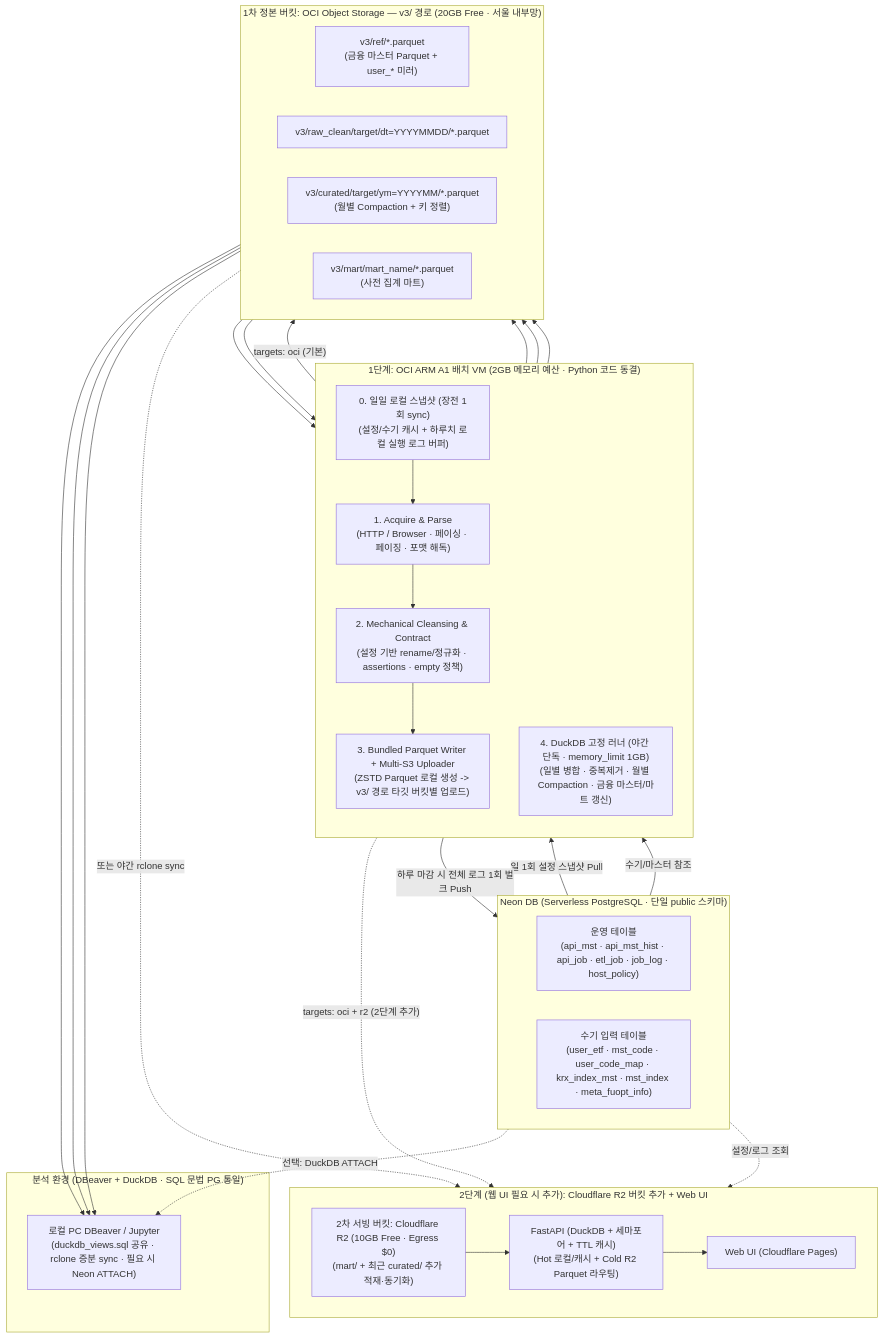
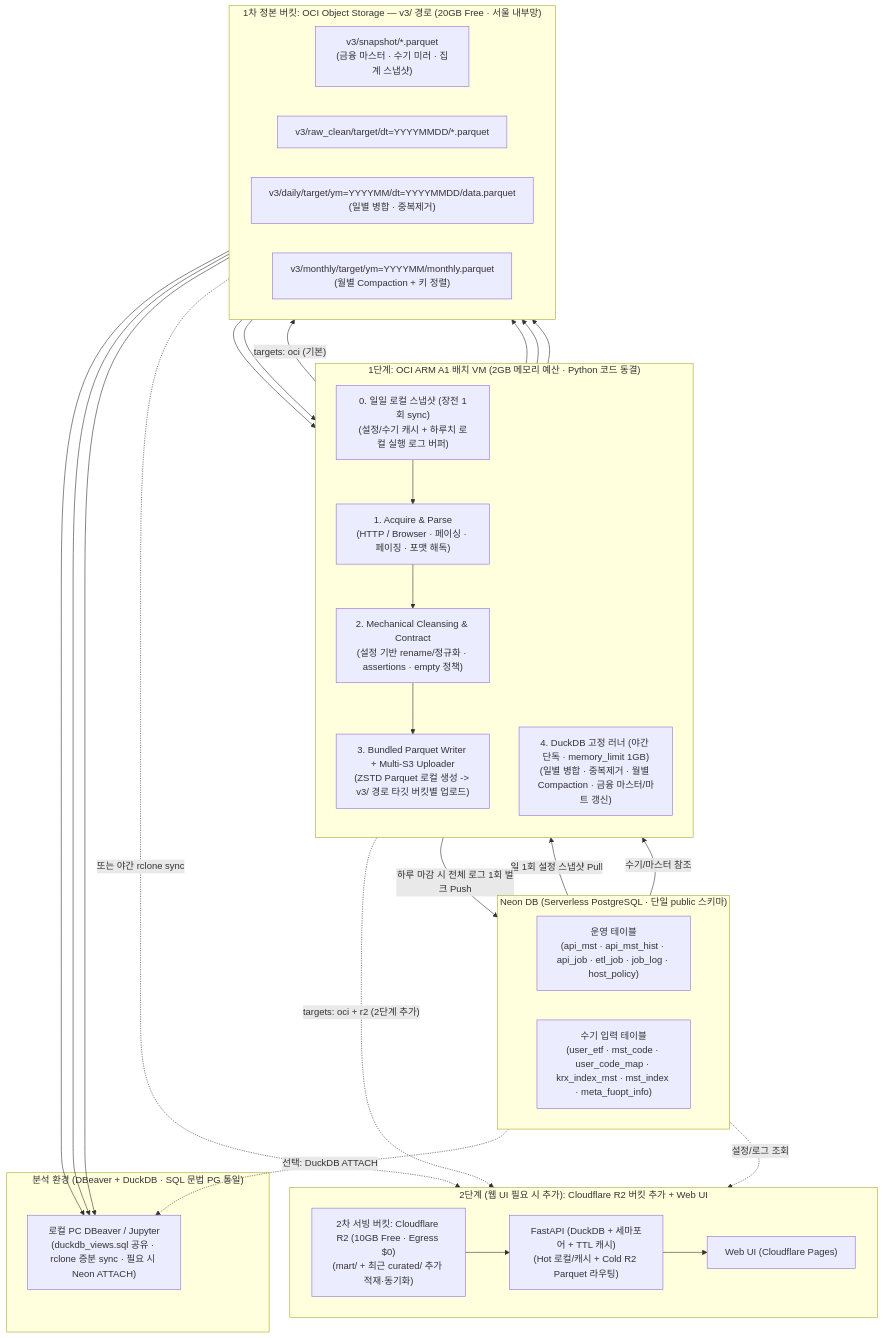
Before and after one commit to gofcon/pyscrap: the diagram in docs/ARCHITECTURE-V3.md, drawn with Mermaid. The commit also changed other lines of this file and 14 other files, not shown here.

Commit message:
refactor(v3): standardize ETL output_layer on snapshot/daily/monthly with verified daily purge

````diff
--- a/docs/ARCHITECTURE-V3.md
+++ b/docs/ARCHITECTURE-V3.md
@@ -19,55 +19,55 @@
 ```mermaid
 flowchart TD
     subgraph NEON["Neon DB (Serverless PostgreSQL · 단일 public 스키마)"]
         direction LR
         OPS["운영 테이블\n(api_mst · api_mst_hist · api_job · etl_job · job_log · host_policy)"]
         REF["수기 입력 테이블\n(user_etf · mst_code · user_code_map · krx_index_mst · mst_index · meta_fuopt_info)"]
     end
 
     subgraph VM["1단계: OCI ARM A1 배치 VM (2GB 메모리 예산 · Python 코드 동결)"]
         direction TB
         CACHE["0. 일일 로컬 스냅샷 (장전 1회 sync)\n(설정/수기 캐시 + 하루치 로컬 실행 로그 버퍼)"]
         ACQ["1. Acquire & Parse\n(HTTP / Browser · 페이싱 · 페이징 · 포맷 해독)"]
         CLN["2. Mechanical Cleansing & Contract\n(설정 기반 rename/정규화 · assertions · empty 정책)"]
         WRT["3. Bundled Parquet Writer + Multi-S3 Uploader\n(ZSTD Parquet 로컬 생성 -> v3/ 경로 타깃 버킷별 업로드)"]
         DKB["4. DuckDB 고정 러너 (야간 단독 · memory_limit 1GB)\n(일별 병합 · 중복제거 · 월별 Compaction · 금융 마스터/마트 갱신)"]
         CACHE --> ACQ --> CLN --> WRT
     end
 
     subgraph OCI_B["1차 정본 버킷: OCI Object Storage — v3/ 경로 (20GB Free · 서울 내부망)"]
         direction LR
-        REF_P["v3/ref/*.parquet\n(금융 마스터 Parquet + user_* 미러)"]
+        REF_P["v3/snapshot/*.parquet\n(금융 마스터 · 수기 미러 · 집계 스냅샷)"]
         RAW_P["v3/raw_clean/target/dt=YYYYMMDD/*.parquet"]
-        CUR_P["v3/curated/target/ym=YYYYMM/*.parquet\n(월별 Compaction + 키 정렬)"]
-        MRT_P["v3/mart/mart_name/*.parquet\n(사전 집계 마트)"]
+        DAY_P["v3/daily/target/ym=YYYYMM/dt=YYYYMMDD/data.parquet\n(일별 병합 · 중복제거)"]
+        MON_P["v3/monthly/target/ym=YYYYMM/monthly.parquet\n(월별 Compaction + 키 정렬)"]
     end
 
     subgraph ANAL["분석 환경 (DBeaver + DuckDB · SQL 문법 PG 통일)"]
         LOCAL["로컬 PC DBeaver / Jupyter\n(duckdb_views.sql 공유 · rclone 증분 sync · 필요 시 Neon ATTACH)"]
     end
 
     subgraph UI_STAGE["2단계 (웹 UI 필요 시 추가): Cloudflare R2 버킷 추가 + Web UI"]
         direction LR
         R2["2차 서빙 버킷: Cloudflare R2 (10GB Free · Egress $0)\n(mart/ + 최근 curated/ 추가 적재·동기화)"]
         API["FastAPI (DuckDB + 세마포어 + TTL 캐시)\n(Hot 로컬/캐시 + Cold R2 Parquet 라우팅)"]
         WEB["Web UI (Cloudflare Pages)"]
         R2 --> API --> WEB
     end
 
     OPS -->|"일 1회 설정 스냅샷 Pull"| CACHE
     CACHE -->|"하루 마감 시 전체 로그 1회 벌크 Push"| OPS
     REF -->|"수기/마스터 참조"| CACHE
     WRT -->|"targets: oci (기본)"| RAW_P
     RAW_P --> DKB
     REF_P --> DKB
     DKB --> REF_P
-    DKB --> CUR_P
-    DKB --> MRT_P
-    CUR_P --> LOCAL
-    MRT_P --> LOCAL
+    DKB --> DAY_P
+    DKB --> MON_P
+    DAY_P --> LOCAL
+    MON_P --> LOCAL
     REF_P --> LOCAL
     REF -.->|"선택: DuckDB ATTACH"| LOCAL
     DKB -.->|"targets: oci + r2 (2단계 추가)"| R2
-    MRT_P -.->|"또는 야간 rclone sync"| R2
+    REF_P -.->|"또는 야간 rclone sync"| R2
     OPS -.->|"설정/로그 조회"| API
 ```
````
